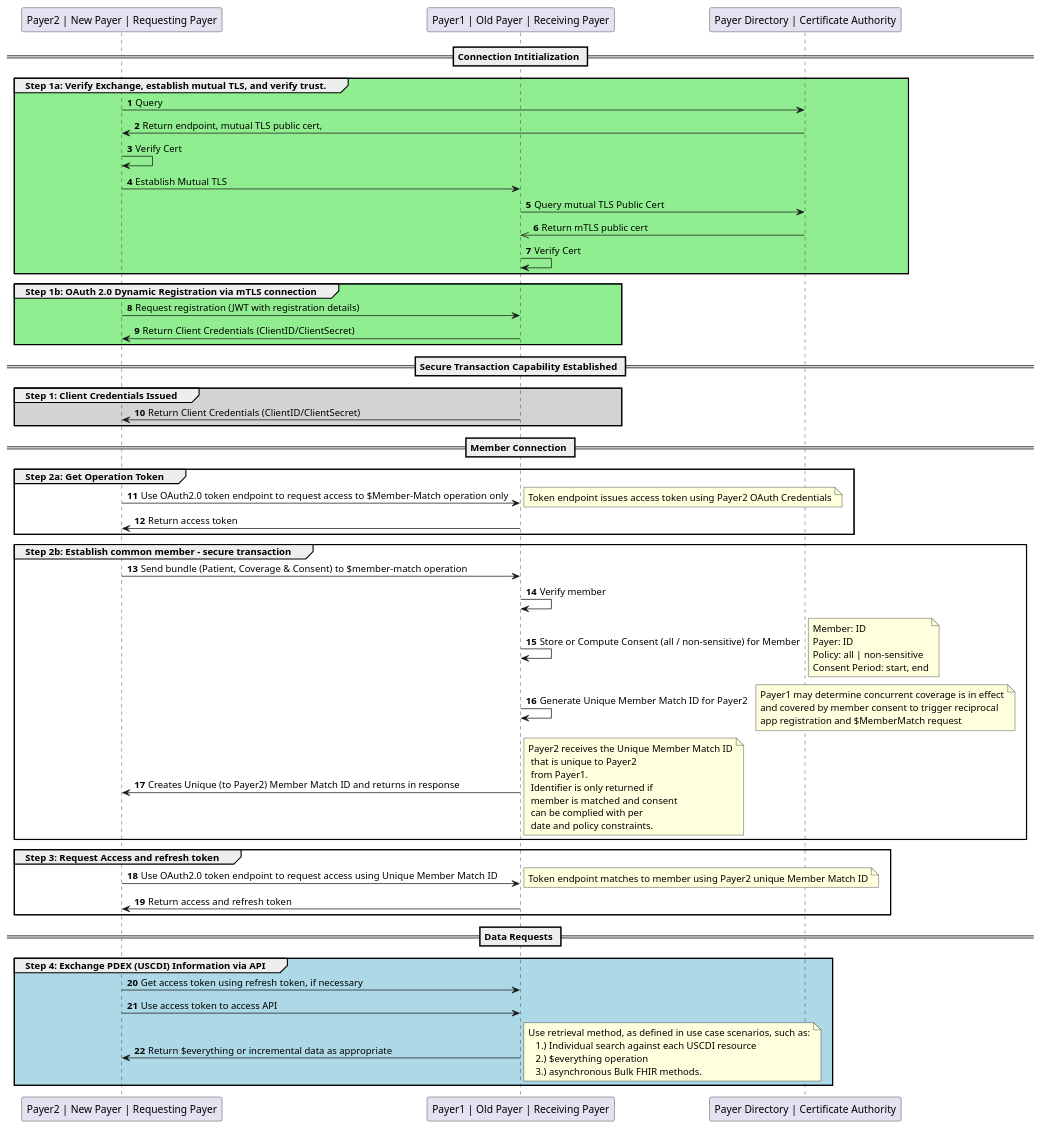
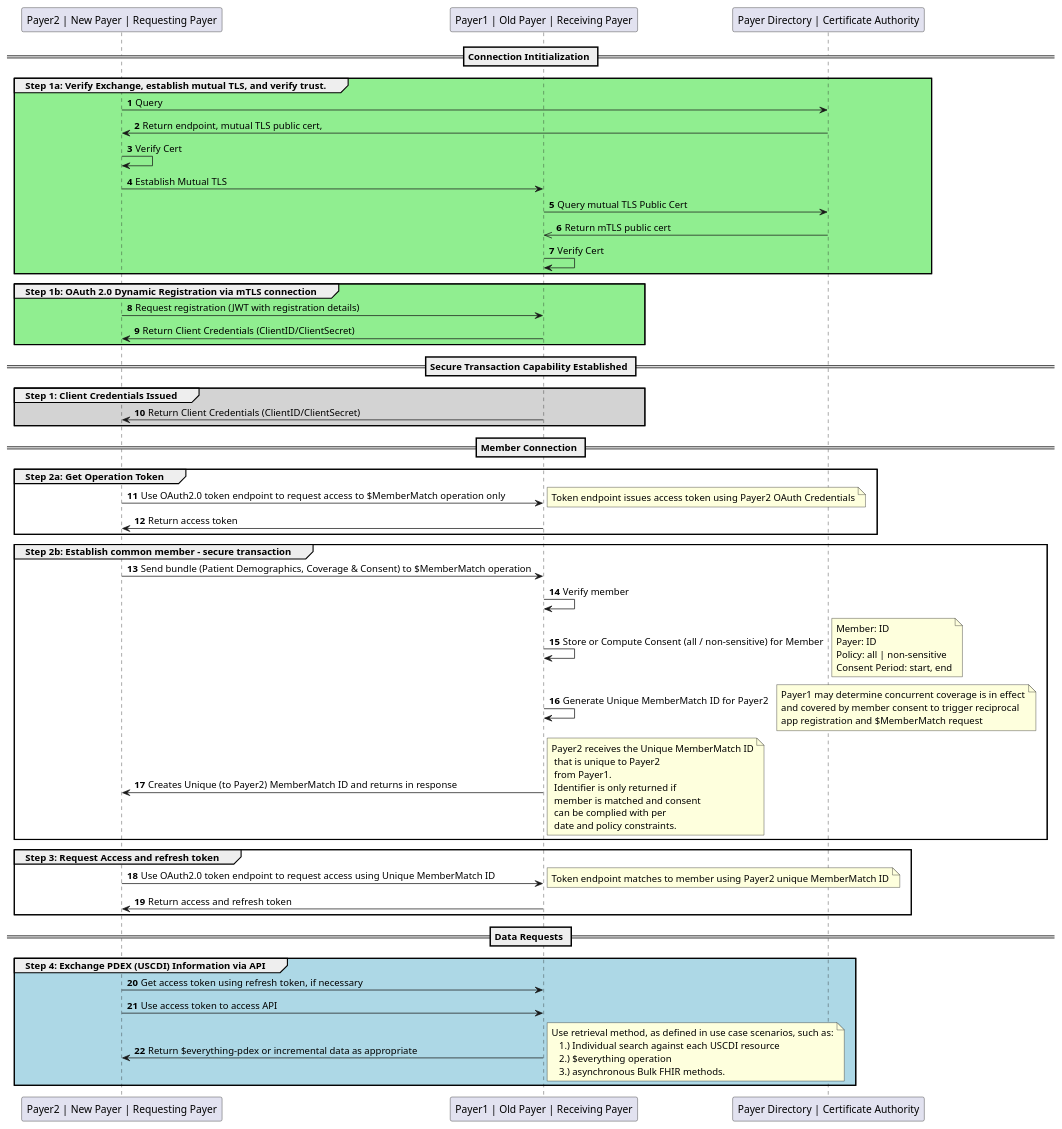
The diagram in input/images-source/authorization-consent.plantuml (HL7/davinci-epdx), drawn with PlantUML before and after one commit. The commit also changed 14 other files, not shown here.

Commit message:
Add clarification to PayerToPayerExchange page. Minor fixes to P2P flow in plantuml Removed PDex EOB Reordered links between pages after removal of EOB. Added meta.profile 1..* to PDex PriorAuthorization

```diff
--- a/input/images-source/authorization-consent.plantuml
+++ b/input/images-source/authorization-consent.plantuml
@@ -1,83 +1,83 @@
 @startuml
 skinparam svgDimensionStyle false
 autonumber
 participant "Payer2 | New Payer | Requesting Payer" as Payer2
 participant "Payer1 | Old Payer | Receiving Payer" as Payer1
 participant "Payer Directory | Certificate Authority" as PayerDirectory
 == Connection Intitialization ==
 group #LightGreen Step 1a: Verify Exchange, establish mutual TLS, and verify trust.
 	Payer2 -> PayerDirectory : Query
 	PayerDirectory -> Payer2 : Return endpoint, mutual TLS public cert,
 	Payer2 -> Payer2 : Verify Cert
 	Payer2 -> Payer1 : Establish Mutual TLS
 	Payer1 -> PayerDirectory : Query mutual TLS Public Cert
 	PayerDirectory ->> Payer1 : Return mTLS public cert
 	Payer1 -> Payer1 : Verify Cert
 end
 group #lightGreen Step 1b: OAuth 2.0 Dynamic Registration via mTLS connection
 	Payer2 -> Payer1 : Request registration (JWT with registration details)
   Payer1 -> Payer2 : Return Client Credentials (ClientID/ClientSecret)
 end
 == Secure Transaction Capability Established ==
 group #lightGrey Step 1: Client Credentials Issued
 	Payer1 -> Payer2 : Return Client Credentials (ClientID/ClientSecret)
 end
 
 == Member Connection ==
 group Step 2a: Get Operation Token
-	Payer2 -> Payer1 : Use OAuth2.0 token endpoint to request access to $Member-Match operation only
+	Payer2 -> Payer1 : Use OAuth2.0 token endpoint to request access to $MemberMatch operation only
   note right
   	Token endpoint issues access token using Payer2 OAuth Credentials
   endnote
   Payer1 -> Payer2 : Return access token
 end
 group Step 2b: Establish common member - secure transaction
-	Payer2 -> Payer1 : Send bundle (Patient, Coverage & Consent) to $member-match operation
+	Payer2 -> Payer1 : Send bundle (Patient Demographics, Coverage & Consent) to $MemberMatch operation
 	Payer1 -> Payer1 : Verify member
   Payer1 -> Payer1 : Store or Compute Consent (all / non-sensitive) for Member
   note right
   Member: ID
   Payer: ID
   Policy: all | non-sensitive
   Consent Period: start, end
   endnote
 
-	Payer1 -> Payer1 : Generate Unique Member Match ID for Payer2
+	Payer1 -> Payer1 : Generate Unique MemberMatch ID for Payer2
   note right
     Payer1 may determine concurrent coverage is in effect
     and covered by member consent to trigger reciprocal
     app registration and $MemberMatch request
   endnote
 
-  Payer1 -> Payer2 : Creates Unique (to Payer2) Member Match ID and returns in response
+  Payer1 -> Payer2 : Creates Unique (to Payer2) MemberMatch ID and returns in response
   note right
-  	Payer2 receives the Unique Member Match ID
+  	Payer2 receives the Unique MemberMatch ID
     that is unique to Payer2
     from Payer1.
     Identifier is only returned if
     member is matched and consent
     can be complied with per
     date and policy constraints.
   endnote
 end
 
 group Step 3: Request Access and refresh token
-	Payer2 -> Payer1 : Use OAuth2.0 token endpoint to request access using Unique Member Match ID
+	Payer2 -> Payer1 : Use OAuth2.0 token endpoint to request access using Unique MemberMatch ID
   note right
-  	Token endpoint matches to member using Payer2 unique Member Match ID
+  	Token endpoint matches to member using Payer2 unique MemberMatch ID
   endnote
   Payer1 -> Payer2 : Return access and refresh token
 end
 == Data Requests ==
 group #LightBlue Step 4: Exchange PDEX (USCDI) Information via API
 	Payer2 -> Payer1 : Get access token using refresh token, if necessary
   Payer2 -> Payer1 : Use access token to access API
-	Payer1 -> Payer2 : Return $everything or incremental data as appropriate
+	Payer1 -> Payer2 : Return $everything-pdex or incremental data as appropriate
   note right
   	Use retrieval method, as defined in use case scenarios, such as:
       1.) Individual search against each USCDI resource
       2.) $everything operation
       3.) asynchronous Bulk FHIR methods.
   endnote
 end
 @enduml
```
